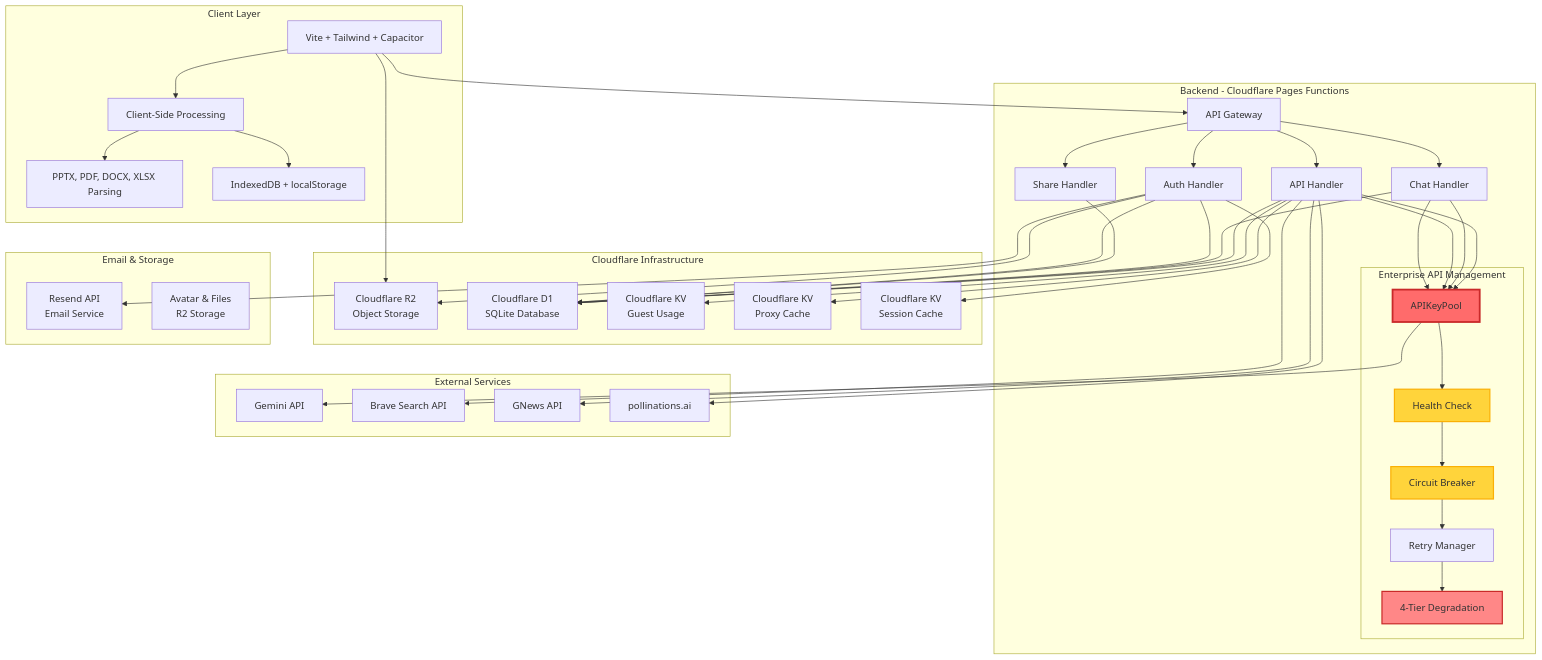
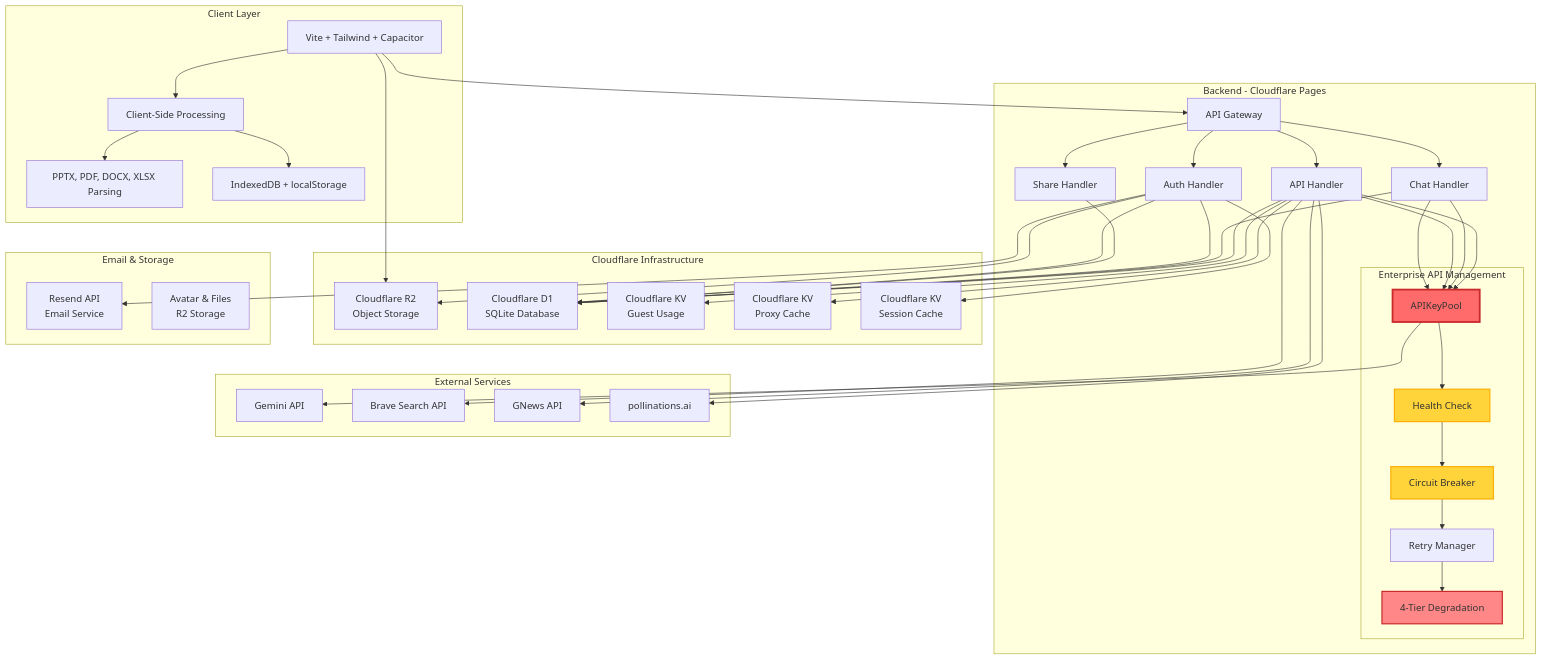
Before and after one commit to PandaSI-Labs/littleaibox: the diagram in README.md, drawn with Mermaid. The commit also changed other lines of this file and 3 other files, not shown here.

```diff
--- a/README.md
+++ b/README.md
@@ -138,7 +138,7 @@
         H --> J
     end
     
-    subgraph "Backend - Cloudflare Pages Functions"
+    subgraph "Backend - Cloudflare Pages"
         B[API Gateway]
         B1[Auth Handler]
         B2[Chat Handler]
```
